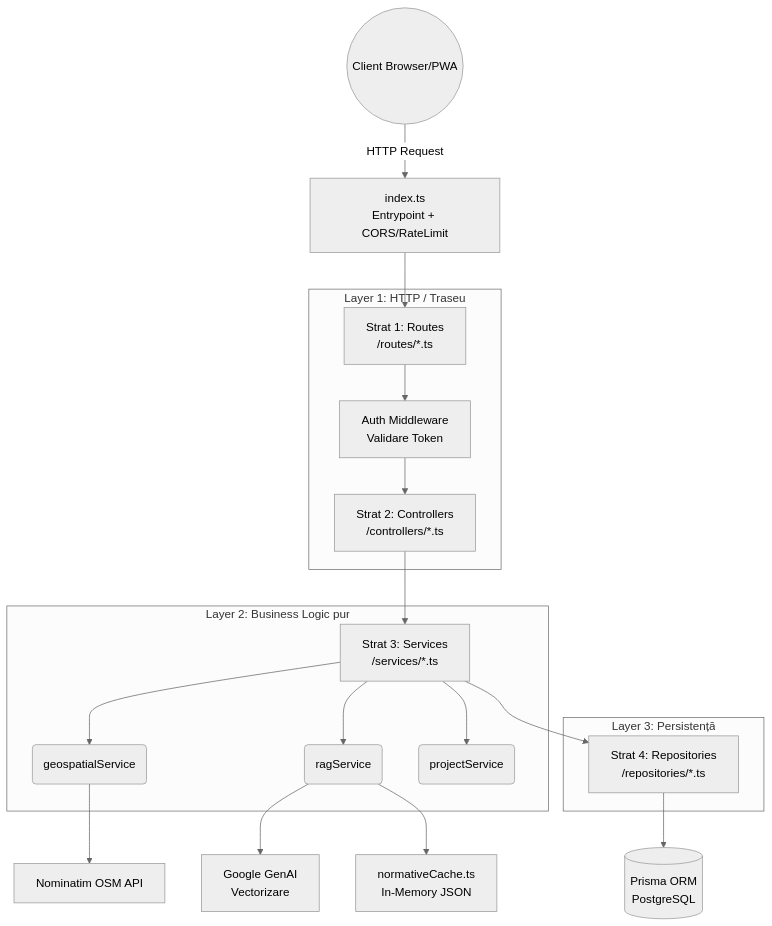
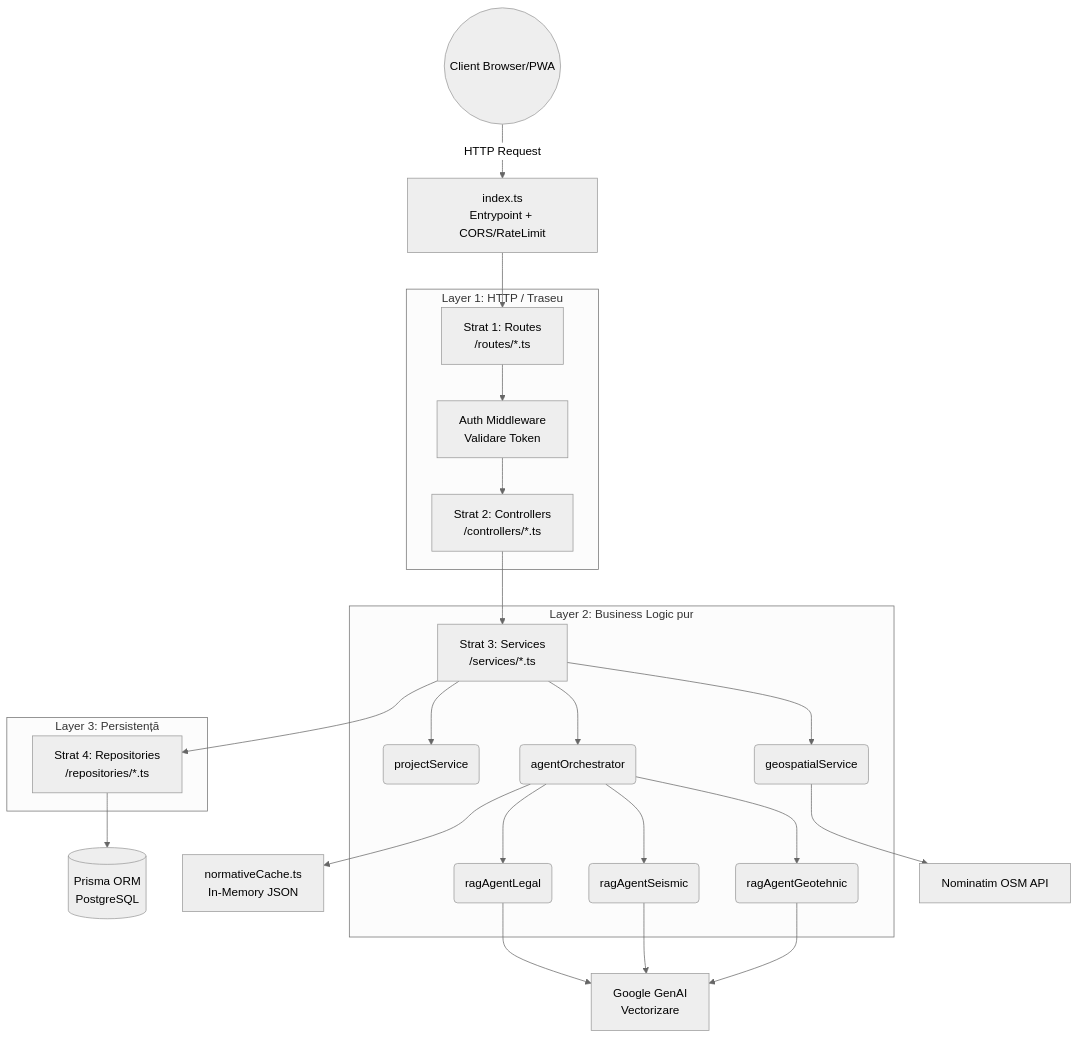
One commit to RobertoSpy/Licenta changed the diagram in docs/faza1_implemnetat_pana_acum.md. Above: the diagram before and after it, drawn with Mermaid (neutral theme). The commit also changed other lines of this file and 35 other files, not shown here.

````diff
--- a/docs/faza1_implemnetat_pana_acum.md
+++ b/docs/faza1_implemnetat_pana_acum.md
@@ -35,27 +39,32 @@
 ```mermaid
 graph TD
     Client((Client Browser/PWA)) -->|HTTP Request| Index[index.ts<br/>Entrypoint + CORS/RateLimit]
     Index --> Routes[Strat 1: Routes<br/>/routes/*.ts]
     
     subgraph Layer 1: HTTP / Traseu
         Routes --> AuthM[Auth Middleware<br/>Validare Token]
         AuthM --> Controllers[Strat 2: Controllers<br/>/controllers/*.ts]
     end
 
     subgraph Layer 2: Business Logic pur
         Controllers --> Services[Strat 3: Services<br/>/services/*.ts]
         Services --> Geospatial(geospatialService)
-        Services --> RAG(ragService)
+        Services --> Orchestrator(agentOrchestrator)
+        Orchestrator --> AgentG(ragAgentGeotehnic)
+        Orchestrator --> AgentS(ragAgentSeismic)
+        Orchestrator --> AgentL(ragAgentLegal)
         Services --> Proj(projectService)
     end
 
     subgraph Layer 3: Persistență
         Services --> Repos[Strat 4: Repositories<br/>/repositories/*.ts]
     end
 
     Repos --> Prisma[(Prisma ORM<br/>PostgreSQL)]
     
-    RAG --> Embedding[Google GenAI<br/>Vectorizare]
+    AgentG --> Embedding[Google GenAI<br/>Vectorizare]
+    AgentS --> Embedding
+    AgentL --> Embedding
     Geospatial --> API[Nominatim OSM API]
-    RAG --> CAG[normativeCache.ts<br/>In-Memory JSON]
+    Orchestrator --> CAG[normativeCache.ts<br/>In-Memory JSON]
 ```
````
